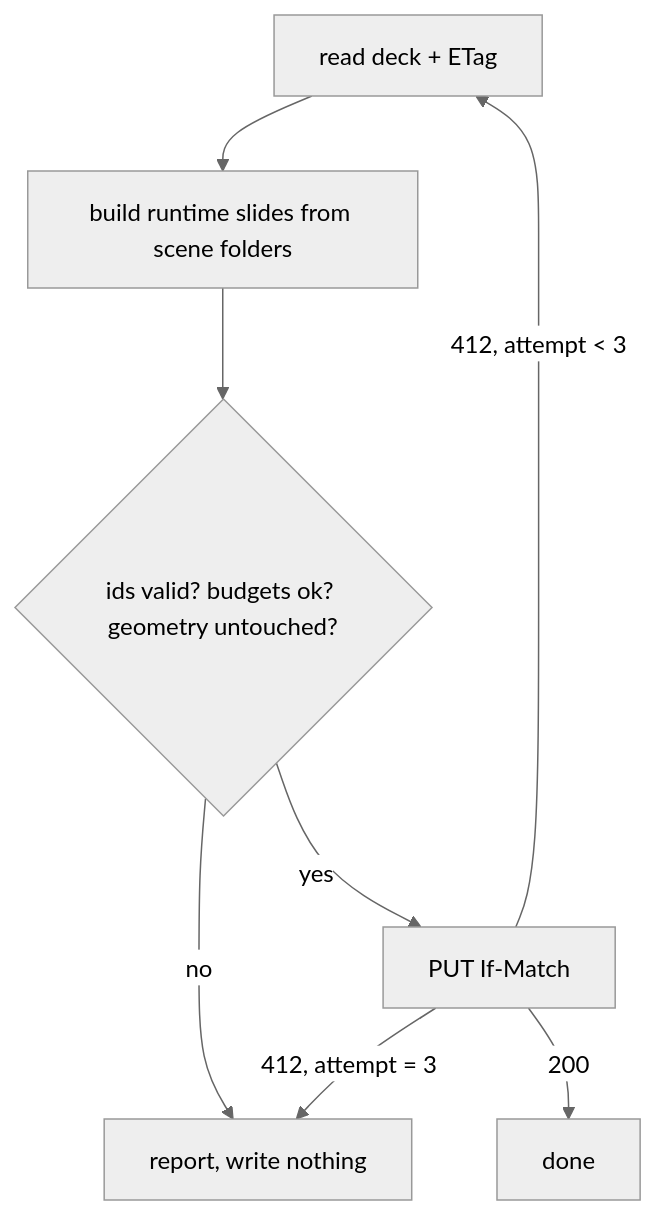
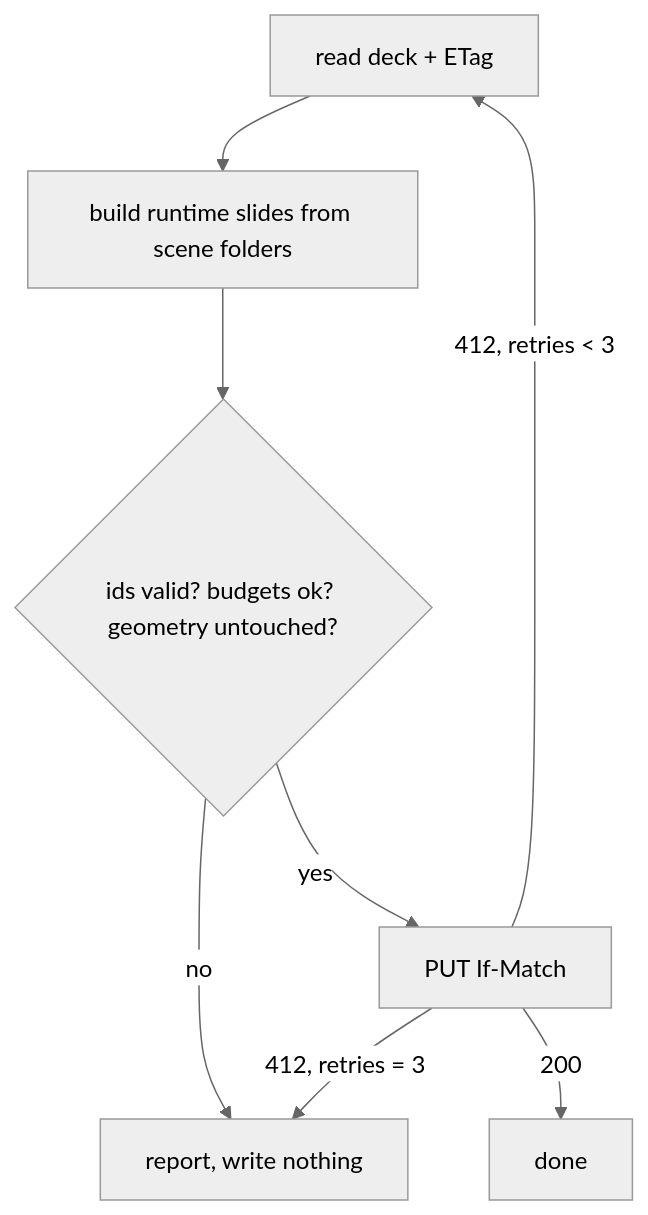
The third of 3 diagrams in docs/plans/2026-09-14-001-feat-runtime-slides-plan.md (betamobility/slides), drawn with Mermaid (neutral theme) before and after one commit. The commit also changed other lines of this file, not shown here.

````diff
--- a/docs/plans/2026-09-14-001-feat-runtime-slides-plan.md
+++ b/docs/plans/2026-09-14-001-feat-runtime-slides-plan.md
@@ -247,10 +256,10 @@
 ```mermaid
 flowchart TB
   A[read deck + ETag] --> B[build runtime slides from scene folders]
   B --> C{ids valid? budgets ok? geometry untouched?}
   C -->|no| X[report, write nothing]
   C -->|yes| D[PUT If-Match]
   D -->|200| Y[done]
-  D -->|412, attempt < 3| A
-  D -->|412, attempt = 3| X
+  D -->|412, retries < 3| A
+  D -->|412, retries = 3| X
 ```
````
